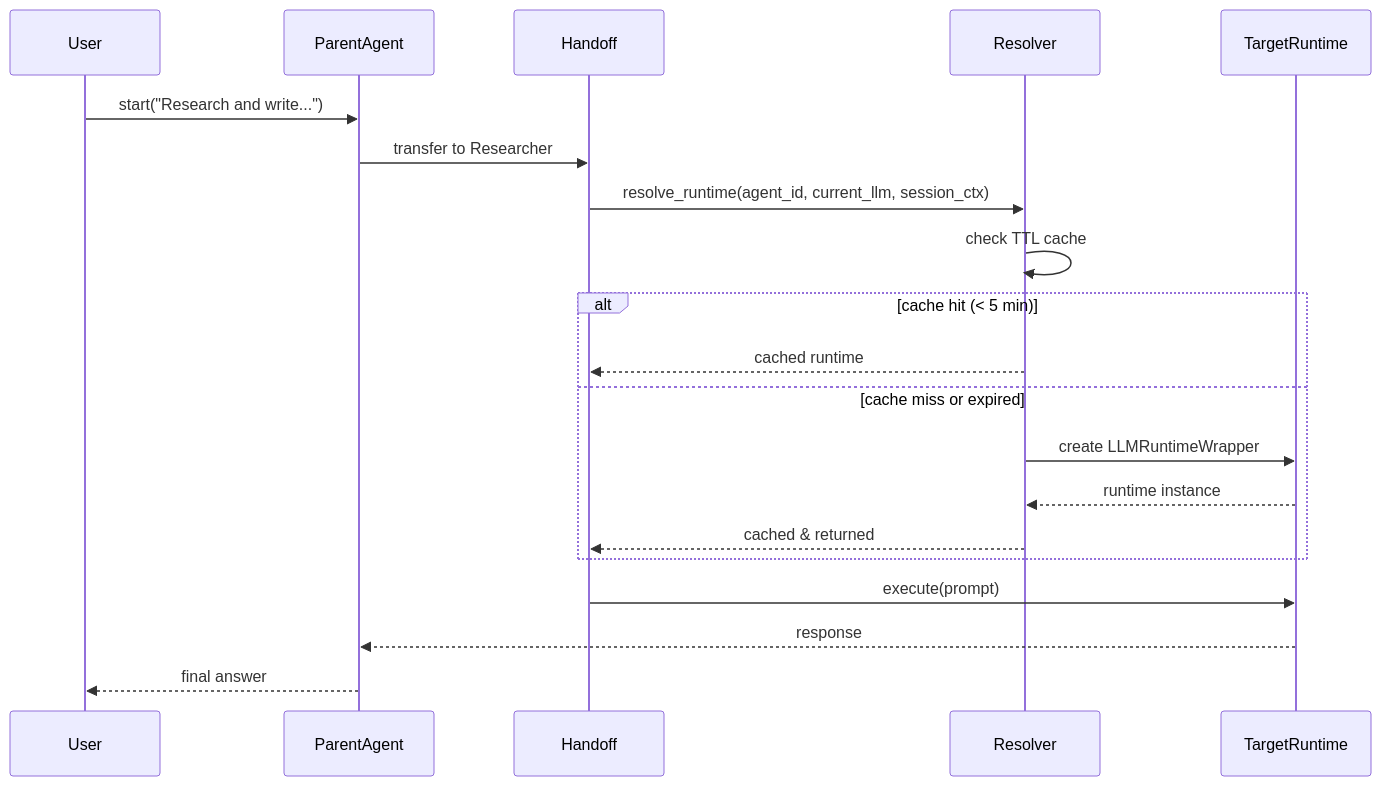
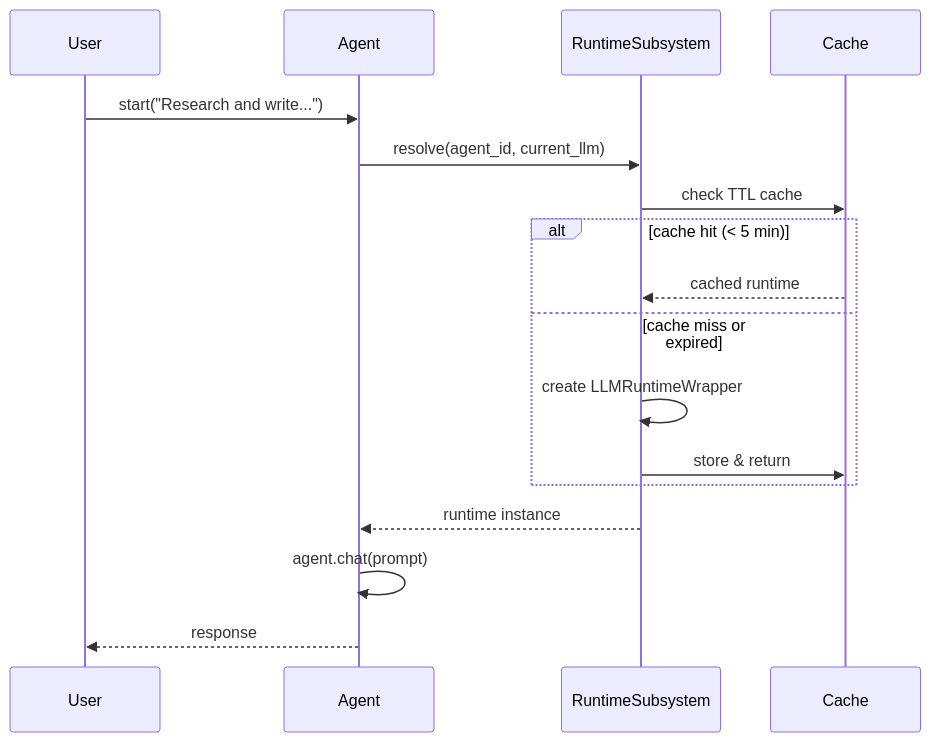
One commit to MervinPraison/PraisonAIDocs changed the second of 2 diagrams in docs/features/runtime-resolution.mdx. Above: the diagram before and after it, drawn with Mermaid. The commit also changed other lines of this file and 1 other file, not shown here.

Commit message:
docs: update handoff & runtime-resolution pages for agent.chat() execution (fixes #823)

````diff
--- a/docs/features/runtime-resolution.mdx
+++ b/docs/features/runtime-resolution.mdx
@@ -134,23 +134,20 @@
 ```mermaid
 sequenceDiagram
     participant User
-    participant ParentAgent
-    participant Handoff
-    participant Resolver
-    participant TargetRuntime
+    participant Agent
+    participant RuntimeSubsystem
+    participant Cache
 
-    User->>ParentAgent: start("Research and write...")
-    ParentAgent->>Handoff: transfer to Researcher
-    Handoff->>Resolver: resolve_runtime(agent_id, current_llm, session_ctx)
-    Resolver->>Resolver: check TTL cache
+    User->>Agent: start("Research and write...")
+    Agent->>RuntimeSubsystem: resolve(agent_id, current_llm)
+    RuntimeSubsystem->>Cache: check TTL cache
     alt cache hit (< 5 min)
-        Resolver-->>Handoff: cached runtime
+        Cache-->>RuntimeSubsystem: cached runtime
     else cache miss or expired
-        Resolver->>TargetRuntime: create LLMRuntimeWrapper
-        TargetRuntime-->>Resolver: runtime instance
-        Resolver-->>Handoff: cached & returned
+        RuntimeSubsystem->>RuntimeSubsystem: create LLMRuntimeWrapper
+        RuntimeSubsystem->>Cache: store & return
     end
-    Handoff->>TargetRuntime: execute(prompt)
-    TargetRuntime-->>ParentAgent: response
-    ParentAgent-->>User: final answer
+    RuntimeSubsystem-->>Agent: runtime instance
+    Agent->>Agent: agent.chat(prompt)
+    Agent-->>User: response
 ```
````
